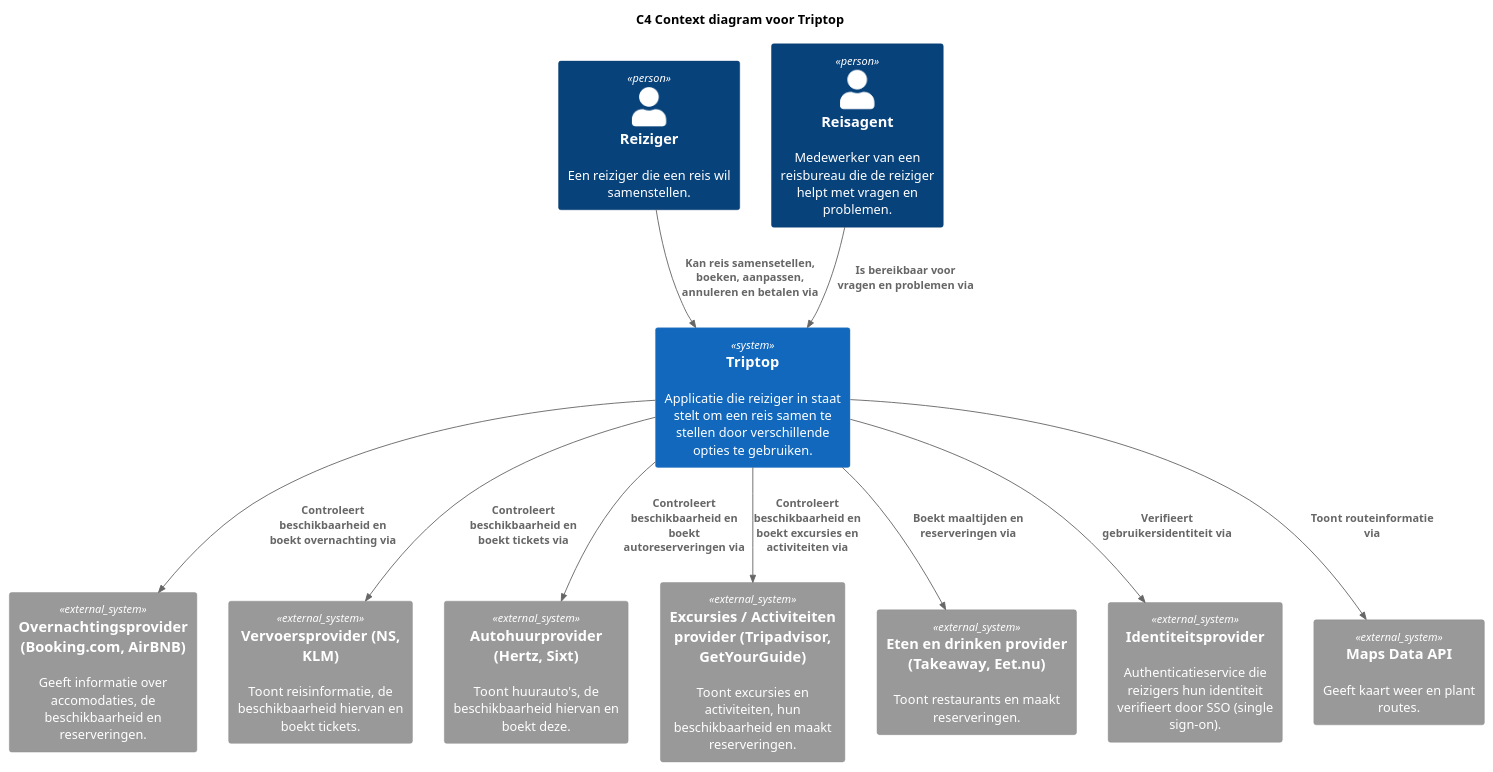
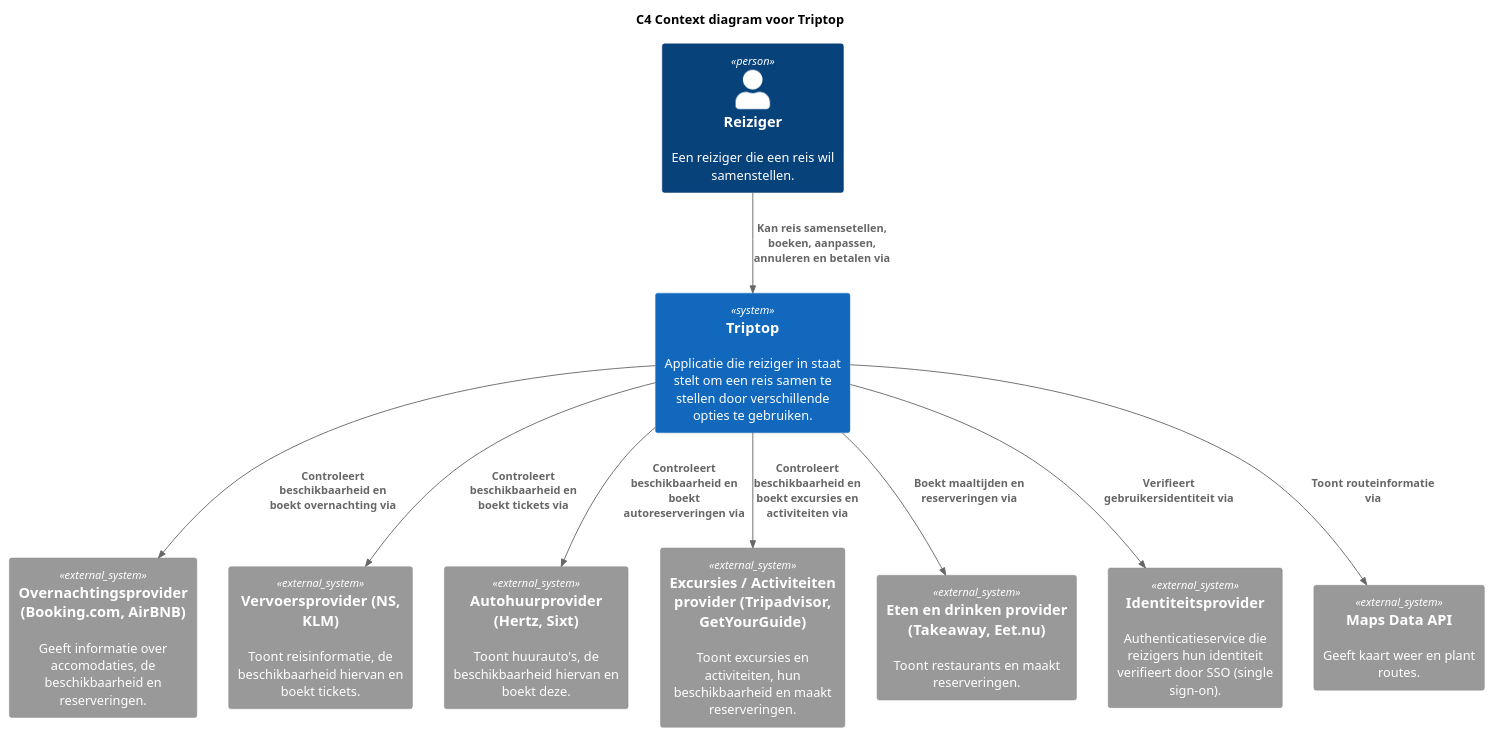
Before and after one commit to AIM-ENE-feb25/triptop-beca: the diagram in opdracht-diagrammen/voorbereidingen/context-diagram-team/context-diagram-team.puml, drawn with PlantUML. The commit also changed 1 other file, not shown here.

Commit message:
Feedback geimplementeerd voor week 1

```diff
--- a/opdracht-diagrammen/voorbereidingen/context-diagram-team/context-diagram-team.puml
+++ b/opdracht-diagrammen/voorbereidingen/context-diagram-team/context-diagram-team.puml
@@ -1,31 +1,29 @@
 @startuml
 !include https://raw.githubusercontent.com/plantuml-stdlib/C4-PlantUML/master/C4_Context.puml
 
 'LAYOUT_WITH_LEGEND()
 
 title C4 Context diagram voor Triptop
 
 Person(reiziger, "Reiziger", "Een reiziger die een reis wil samenstellen.")
-Person(reisagent, "Reisagent", "Medewerker van een reisbureau die de reiziger helpt met vragen en problemen.")
 
 System(triptop_systeem, "Triptop", "Applicatie die reiziger in staat stelt om een reis samen te stellen door verschillende opties te gebruiken.")
 
 System_Ext(overnacht_system, "Overnachtingsprovider (Booking.com, AirBNB)", "Geeft informatie over accomodaties, de beschikbaarheid en reserveringen.")
 System_Ext(vervoer_systeem, "Vervoersprovider (NS, KLM)", "Toont reisinformatie, de beschikbaarheid hiervan en boekt tickets.")
 System_Ext(autohuur_systeem, "Autohuurprovider (Hertz, Sixt)", "Toont huurauto's, de beschikbaarheid hiervan en boekt deze.")
 System_Ext(activiteit_systeem, "Excursies / Activiteiten provider (Tripadvisor, GetYourGuide)", "Toont excursies en activiteiten, hun beschikbaarheid en maakt reserveringen.")
 System_Ext(eten_en_drinken_systeem, "Eten en drinken provider (Takeaway, Eet.nu)", "Toont restaurants en maakt reserveringen.")
 System_Ext(identeits_systeem, "Identiteitsprovider", "Authenticatieservice die reizigers hun identiteit verifieert door SSO (single sign-on).")
 System_Ext(maps_systeem, "Maps Data API", "Geeft kaart weer en plant routes.")
 
 Rel(reiziger, triptop_systeem, "Kan reis samensetellen, boeken, aanpassen, annuleren en betalen via")
-Rel(reisagent, triptop_systeem, "Is bereikbaar voor vragen en problemen via")
 Rel(triptop_systeem, overnacht_system, "Controleert beschikbaarheid en boekt overnachting via")
 Rel(triptop_systeem, vervoer_systeem, "Controleert beschikbaarheid en boekt tickets via")
 Rel(triptop_systeem, autohuur_systeem, "Controleert beschikbaarheid en boekt autoreserveringen via")
 Rel(triptop_systeem, activiteit_systeem, "Controleert beschikbaarheid en boekt excursies en activiteiten via")
 Rel(triptop_systeem, eten_en_drinken_systeem, "Boekt maaltijden en reserveringen via")
 Rel(triptop_systeem, identeits_systeem, "Verifieert gebruikersidentiteit via")
 Rel(triptop_systeem, maps_systeem, "Toont routeinformatie via")
 
 @enduml
```
